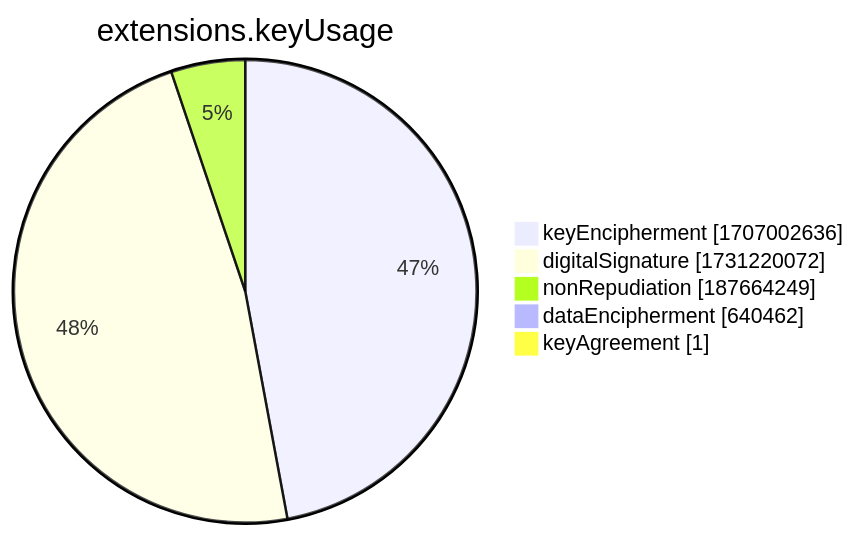
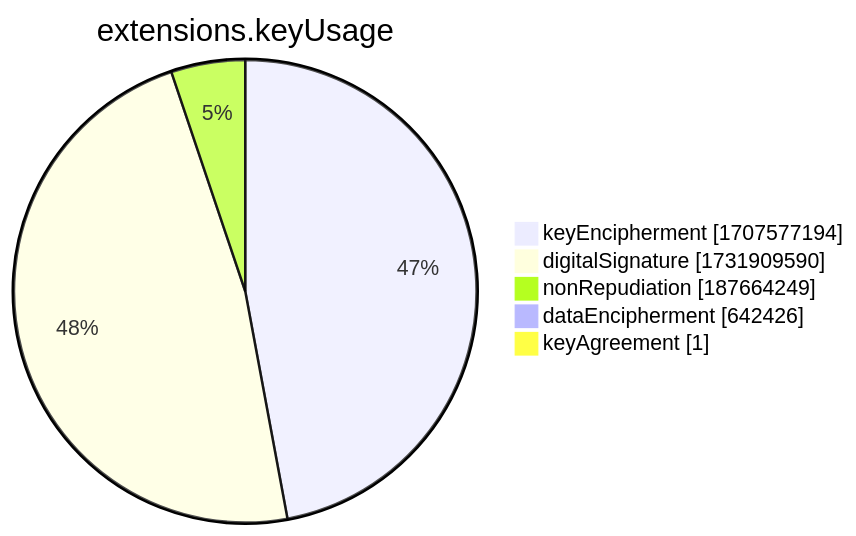
One commit to christiankrug/ctmonitor_visualization changed the seventh of 15 diagrams in xenon2022/README.md. Above: the diagram before and after it, drawn with Mermaid. The commit also changed other lines of this file, not shown here.

````diff
--- a/xenon2022/README.md
+++ b/xenon2022/README.md
@@ -2858,9 +2858,9 @@
 ```mermaid
 pie showData
 title extensions.keyUsage
-"keyEncipherment" :1707002636
-"digitalSignature" :1731220072
+"keyEncipherment" :1707577194
+"digitalSignature" :1731909590
 "nonRepudiation" :187664249
-"dataEncipherment" :640462
+"dataEncipherment" :642426
 "keyAgreement" :1
 ```
````
